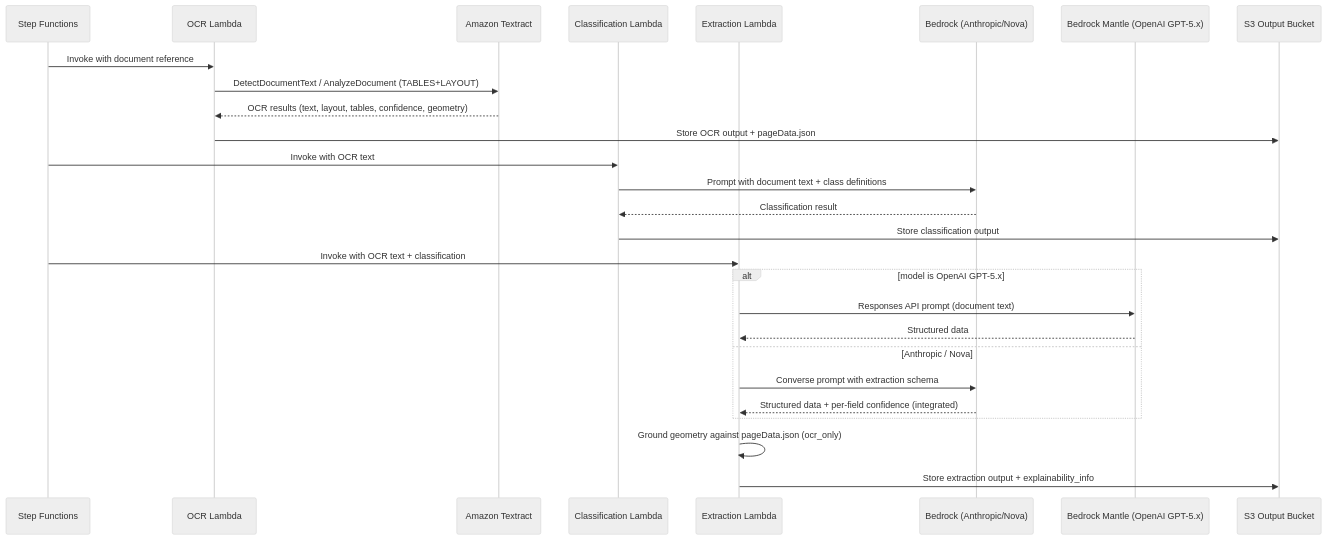
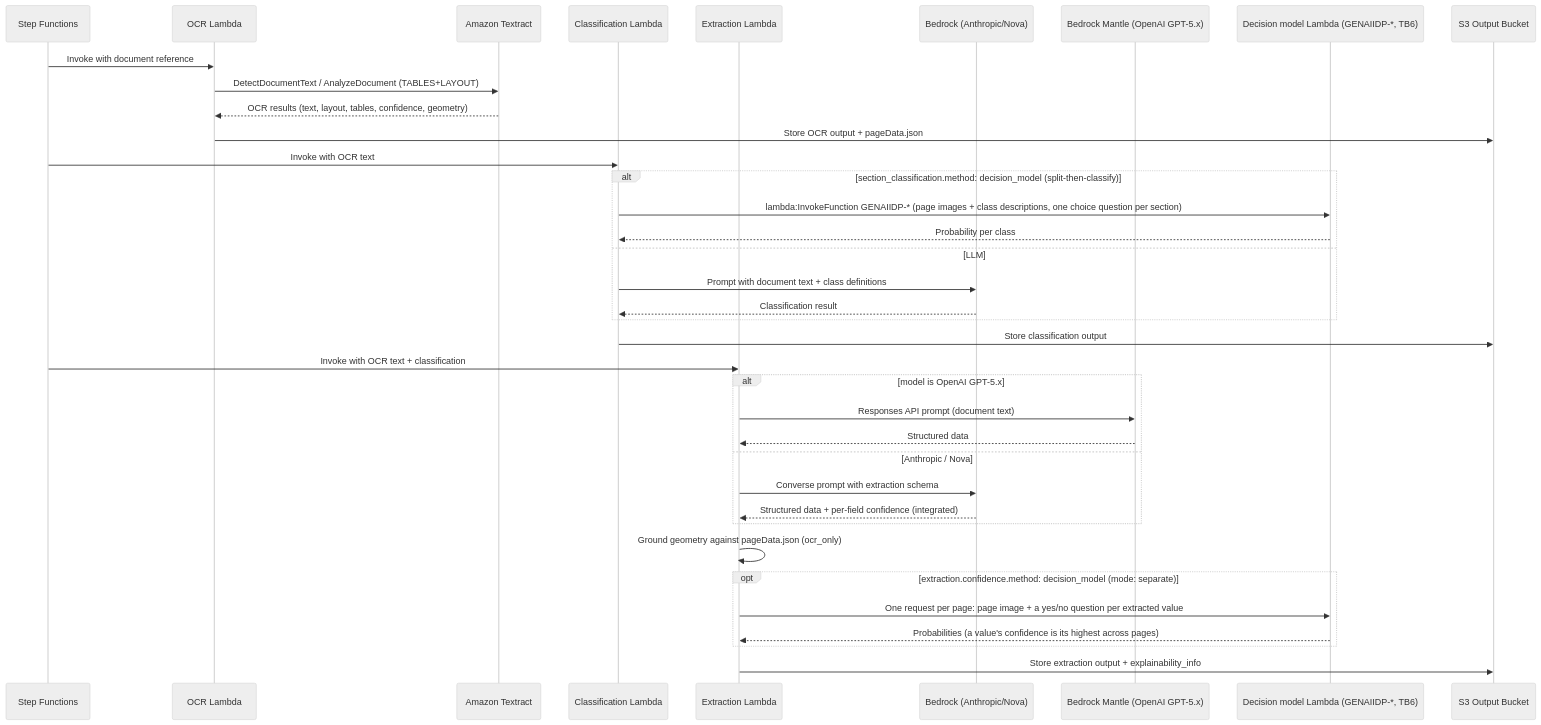
One commit to aws-solutions-library-samples/accelerated-intelligent-document-processing-on-aws changed the third of 26 diagrams in security/threat-modeling/architecture/data-flows.md. Above: the diagram before and after it, drawn with Mermaid (neutral theme). The commit also changed other lines of this file and 26 other files, not shown here.

````diff
--- a/security/threat-modeling/architecture/data-flows.md
+++ b/security/threat-modeling/architecture/data-flows.md
@@ -130,32 +133,42 @@
 ```mermaid
 sequenceDiagram
     participant SFN as Step Functions
     participant OCR as OCR Lambda
     participant Textract as Amazon Textract
     participant Class as Classification Lambda
     participant Extract as Extraction Lambda
     participant Bedrock as Bedrock (Anthropic/Nova)
     participant Mantle as Bedrock Mantle (OpenAI GPT-5.x)
+    participant Decider as Decision model Lambda (GENAIIDP-*, TB6)
     participant S3 as S3 Output Bucket
 
     SFN->>OCR: Invoke with document reference
     OCR->>Textract: DetectDocumentText / AnalyzeDocument (TABLES+LAYOUT)
     Textract-->>OCR: OCR results (text, layout, tables, confidence, geometry)
     OCR->>S3: Store OCR output + pageData.json
 
     SFN->>Class: Invoke with OCR text
-    Class->>Bedrock: Prompt with document text + class definitions
-    Bedrock-->>Class: Classification result
+    alt section_classification.method: decision_model (split-then-classify)
+        Class->>Decider: lambda:InvokeFunction GENAIIDP-* (page images + class descriptions, one choice question per section)
+        Decider-->>Class: Probability per class
+    else LLM
+        Class->>Bedrock: Prompt with document text + class definitions
+        Bedrock-->>Class: Classification result
+    end
     Class->>S3: Store classification output
 
     SFN->>Extract: Invoke with OCR text + classification
     alt model is OpenAI GPT-5.x
         Extract->>Mantle: Responses API prompt (document text)
         Mantle-->>Extract: Structured data
     else Anthropic / Nova
         Extract->>Bedrock: Converse prompt with extraction schema
         Bedrock-->>Extract: Structured data + per-field confidence (integrated)
     end
     Extract->>Extract: Ground geometry against pageData.json (ocr_only)
+    opt extraction.confidence.method: decision_model (mode: separate)
+        Extract->>Decider: One request per page: page image + a yes/no question per extracted value
+        Decider-->>Extract: Probabilities (a value's confidence is its highest across pages)
+    end
     Extract->>S3: Store extraction output + explainability_info
 ```
````
